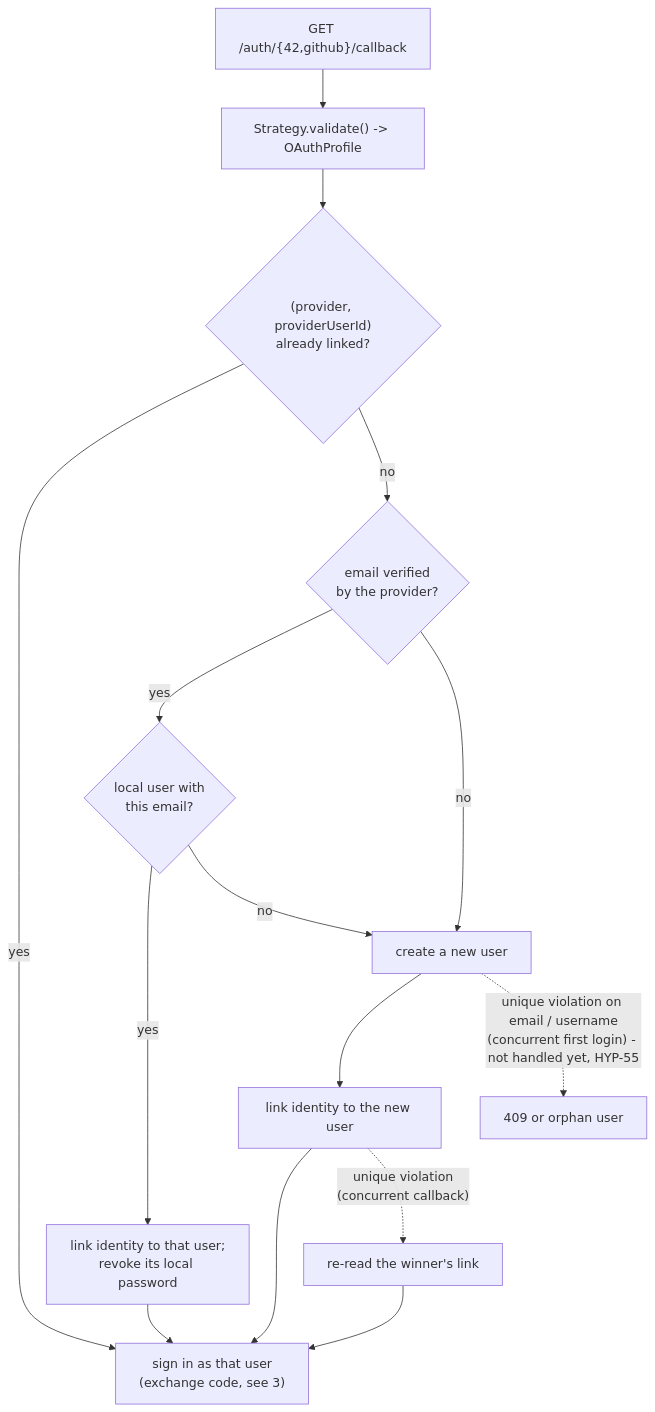
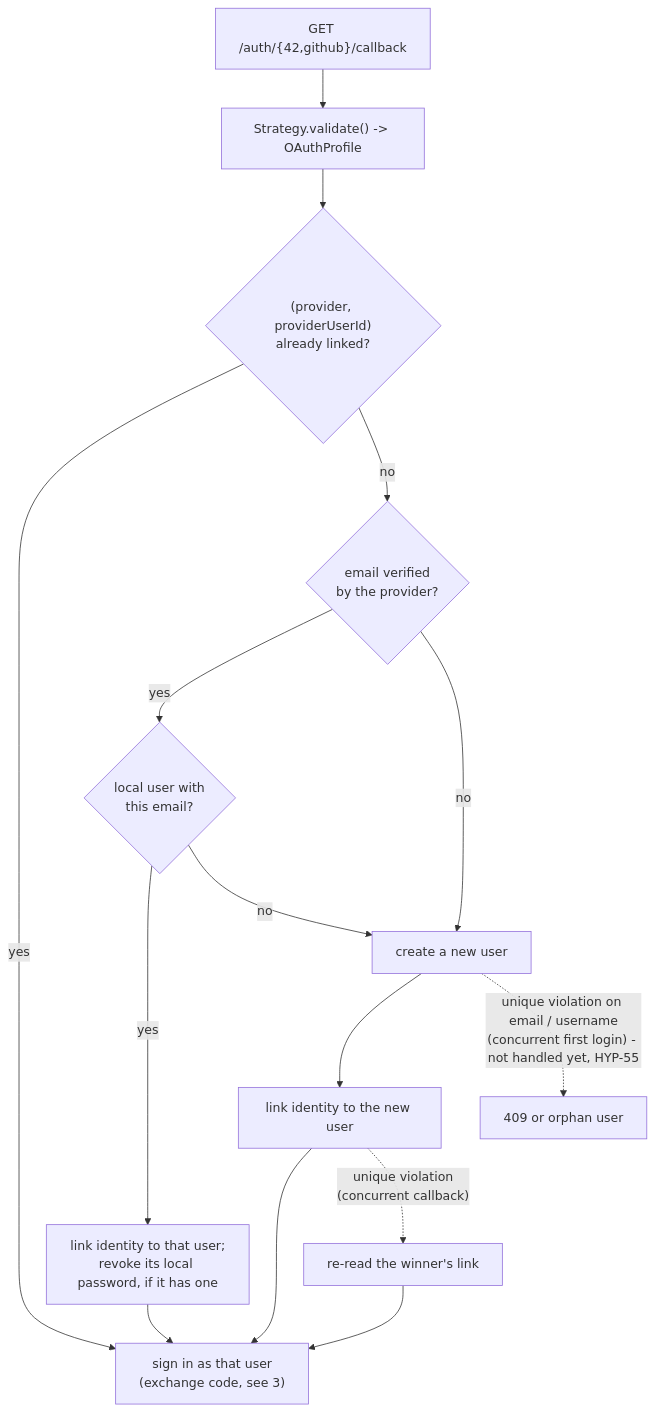
Before and after one commit to kidp8479/42_hypertube: the fifth of 7 diagrams in docs/diagrams/auth.md, drawn with Mermaid. The commit also changed other lines of this file, not shown here.

First line of the commit message:
docs(HYP-67): fix the stale OAuth error-message note and the password revocation step in auth.md

````diff
--- a/docs/diagrams/auth.md
+++ b/docs/diagrams/auth.md
@@ -122,17 +122,17 @@
 ```mermaid
 flowchart TD
     A["GET /auth/{42,github}/callback"] --> B["Strategy.validate() -> OAuthProfile"]
     B --> C{"(provider, providerUserId)<br/>already linked?"}
     C -- yes --> L["sign in as that user<br/>(exchange code, see 3)"]
     C -- no --> D{"email verified<br/>by the provider?"}
     D -- yes --> E{"local user with<br/>this email?"}
     D -- no --> F["create a new user"]
-    E -- yes --> G["link identity to that user;<br/>revoke its local password"]
+    E -- yes --> G["link identity to that user;<br/>revoke its local password, if it has one"]
     E -- no --> F
     F --> H["link identity to the new user"]
     G --> L
     H --> L
     H -. "unique violation<br/>(concurrent callback)" .-> R["re-read the winner's link"]
     R --> L
     F -. "unique violation on email / username<br/>(concurrent first login) - not handled yet, HYP-55" .-> X["409 or orphan user"]
 ```
````
